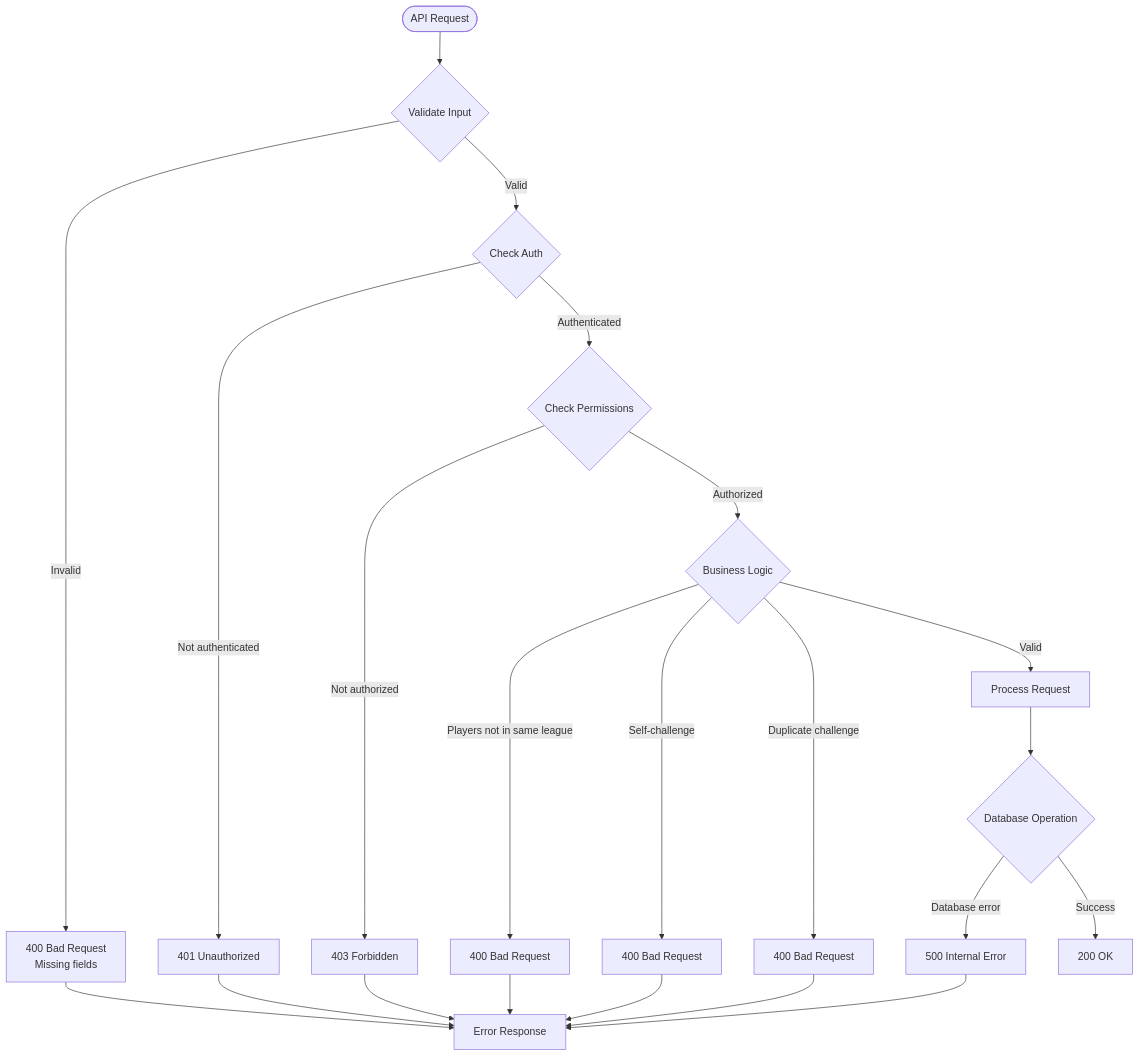
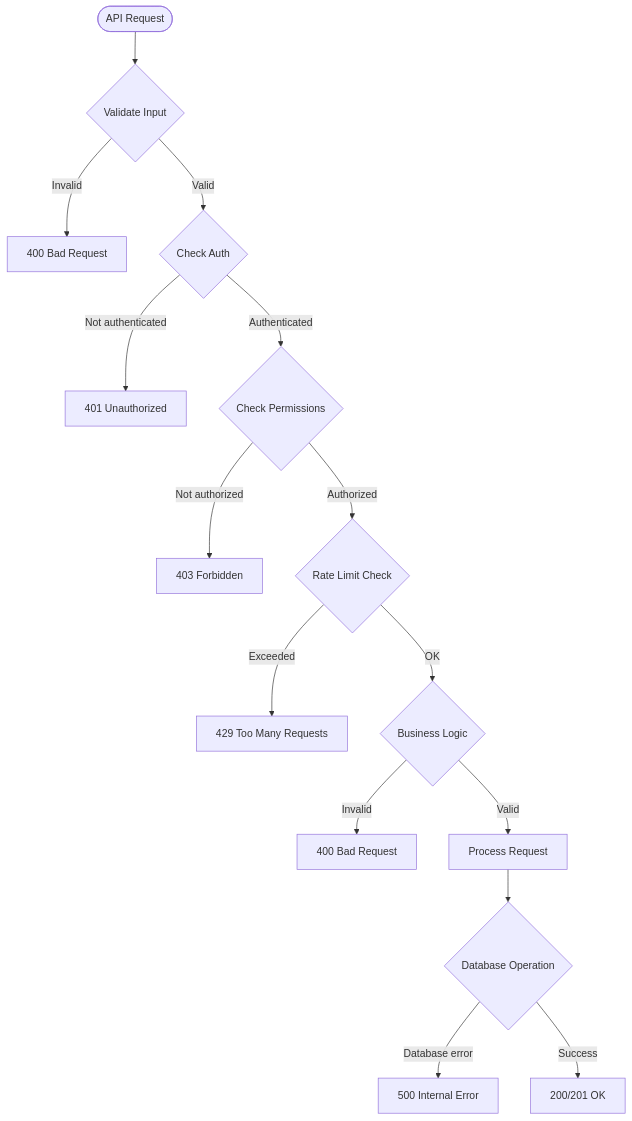
The diagram in doc/api.md (UziB26/leagueladder), drawn with Mermaid before and after one commit. The commit also changed other lines of this file and 7 other files, not shown here.

````diff
--- a/doc/api.md
+++ b/doc/api.md
@@ -472,24 +2334,17 @@
 ```mermaid
 flowchart TD
     Start([API Request]) --> Validate{Validate Input}
-    Validate -->|Invalid| Error400[400 Bad Request<br/>Missing fields]
+    Validate -->|Invalid| Error400[400 Bad Request]
     Validate -->|Valid| Auth{Check Auth}
     Auth -->|Not authenticated| Error401[401 Unauthorized]
     Auth -->|Authenticated| Permissions{Check Permissions}
     Permissions -->|Not authorized| Error403[403 Forbidden]
-    Permissions -->|Authorized| Business{Business Logic}
-    Business -->|Players not in same league| Error400b[400 Bad Request]
-    Business -->|Self-challenge| Error400c[400 Bad Request]
-    Business -->|Duplicate challenge| Error400d[400 Bad Request]
+    Permissions -->|Authorized| RateLimit{Rate Limit Check}
+    RateLimit -->|Exceeded| Error429[429 Too Many Requests]
+    RateLimit -->|OK| Business{Business Logic}
+    Business -->|Invalid| Error400b[400 Bad Request]
     Business -->|Valid| Process[Process Request]
     Process --> DB{Database Operation}
     DB -->|Database error| Error500[500 Internal Error]
-    DB -->|Success| Success[200 OK]
-    Error400 --> ErrorResponse[Error Response]
-    Error400b --> ErrorResponse
-    Error400c --> ErrorResponse
-    Error400d --> ErrorResponse
-    Error401 --> ErrorResponse
-    Error403 --> ErrorResponse
-    Error500 --> ErrorResponse
+    DB -->|Success| Success[200/201 OK]
 ```
````
